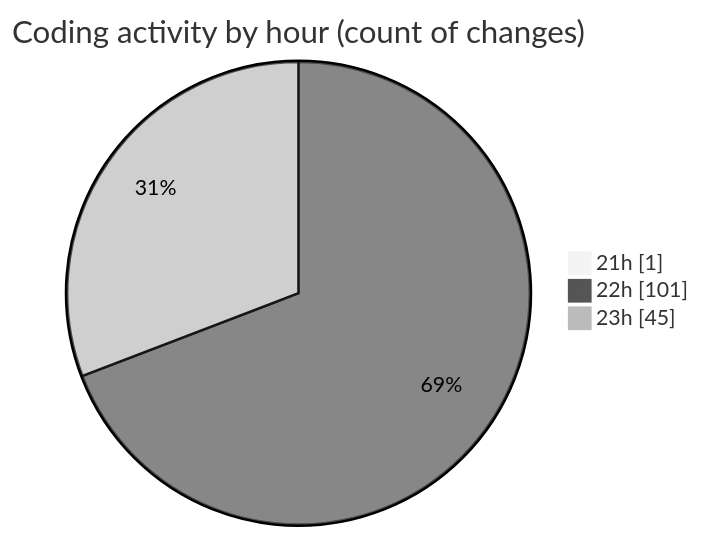
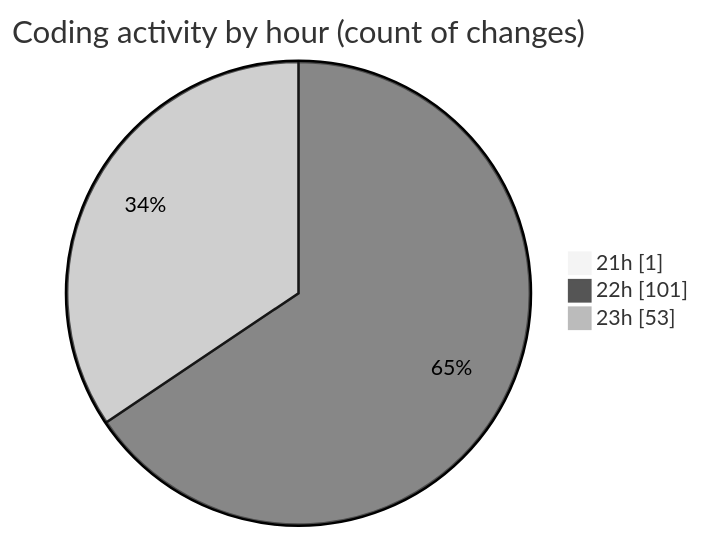
Before and after one commit to Unknowalive/code-tracking: the second of 2 diagrams in 2026-04-07/t2s/README.md, drawn with Mermaid (neutral theme). The commit also changed other lines of this file and 1 other file, not shown here.

````diff
--- a/2026-04-07/t2s/README.md
+++ b/2026-04-07/t2s/README.md
@@ -113,7 +117,7 @@
 ```mermaid
 pie showData
 title Coding activity by hour (count of changes)
 "21h" : 1
 "22h" : 101
-"23h" : 45
+"23h" : 53
 ```
````
